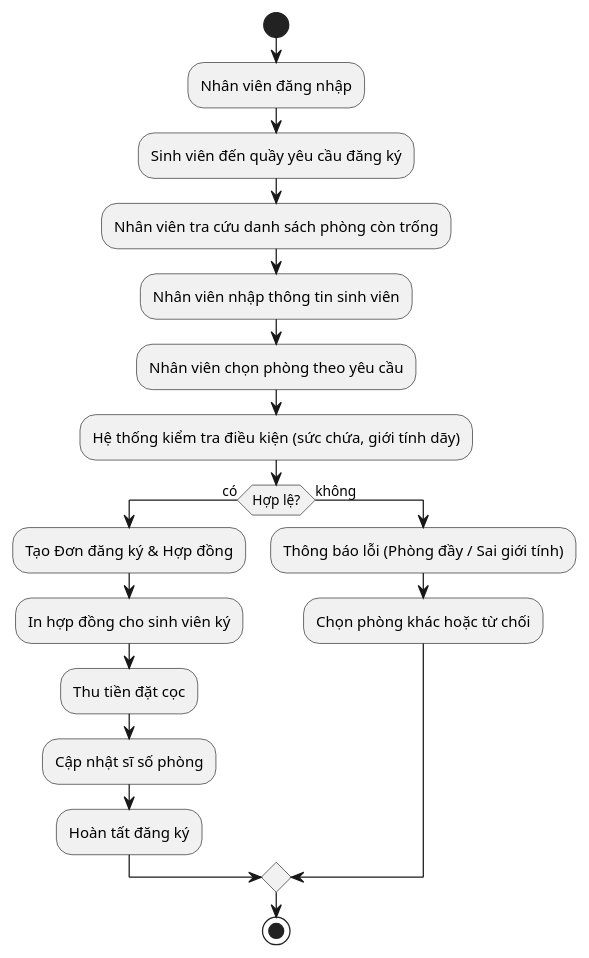
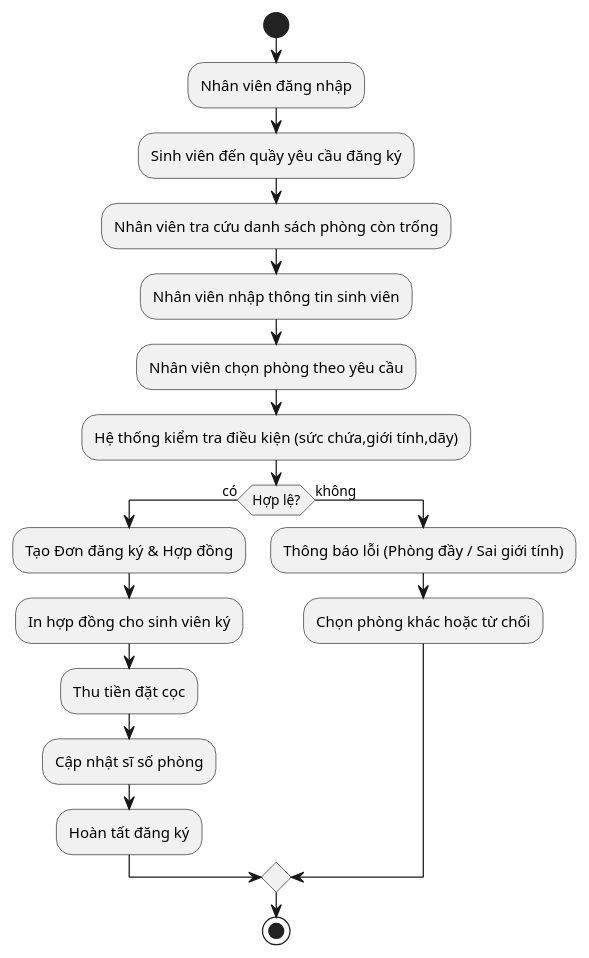
The diagram in docs/diagrams/activity_registration.puml (lightning09512/Dormitory-Management-System), drawn with PlantUML before and after one commit. The commit also changed 21 other files, not shown here.

```diff
--- a/docs/diagrams/activity_registration.puml
+++ b/docs/diagrams/activity_registration.puml
@@ -1,20 +1,20 @@
 @startuml activity_registration
 start
 :Nhân viên đăng nhập;
 :Sinh viên đến quầy yêu cầu đăng ký;
 :Nhân viên tra cứu danh sách phòng còn trống;
 :Nhân viên nhập thông tin sinh viên;
 :Nhân viên chọn phòng theo yêu cầu;
-:Hệ thống kiểm tra điều kiện (sức chứa, giới tính dãy);
+:Hệ thống kiểm tra điều kiện (sức chứa,giới tính,dãy);
 if (Hợp lệ?) then (có)
   :Tạo Đơn đăng ký & Hợp đồng;
   :In hợp đồng cho sinh viên ký;
   :Thu tiền đặt cọc;
   :Cập nhật sĩ số phòng;
   :Hoàn tất đăng ký;
 else (không)
   :Thông báo lỗi (Phòng đầy / Sai giới tính);
   :Chọn phòng khác hoặc từ chối;
 endif
 stop
 @enduml
```
